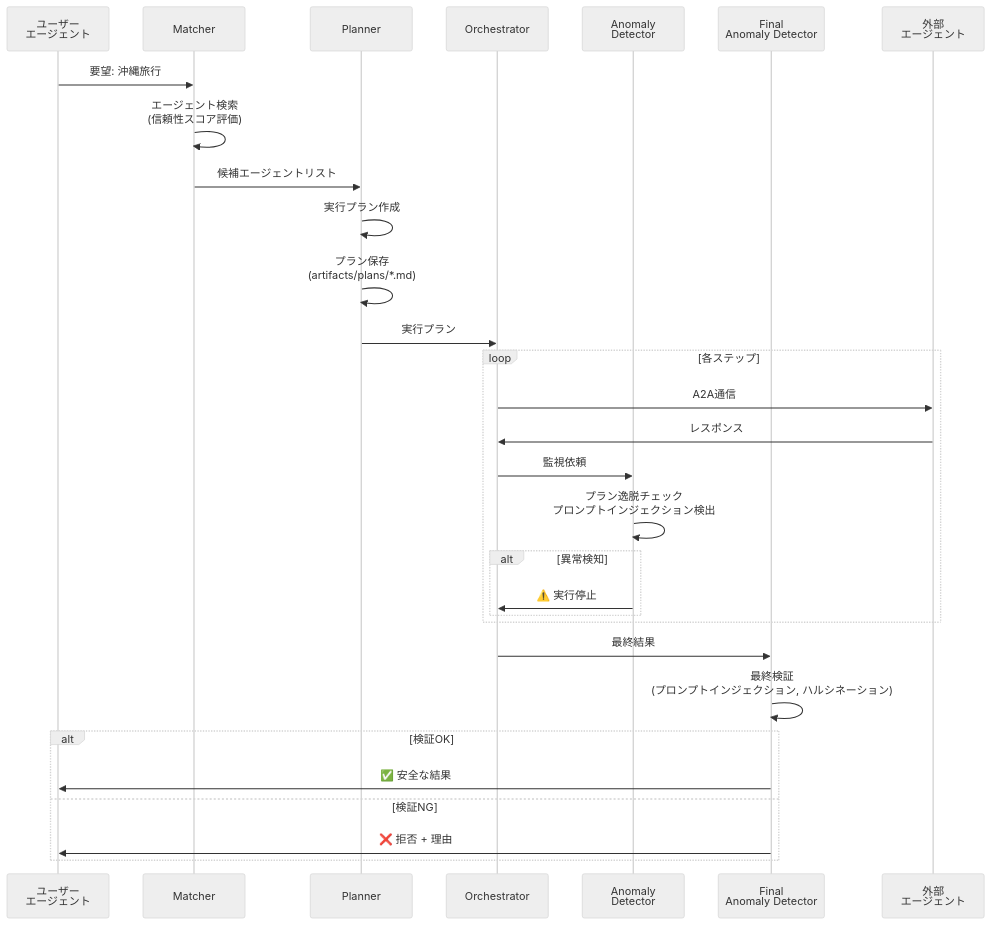
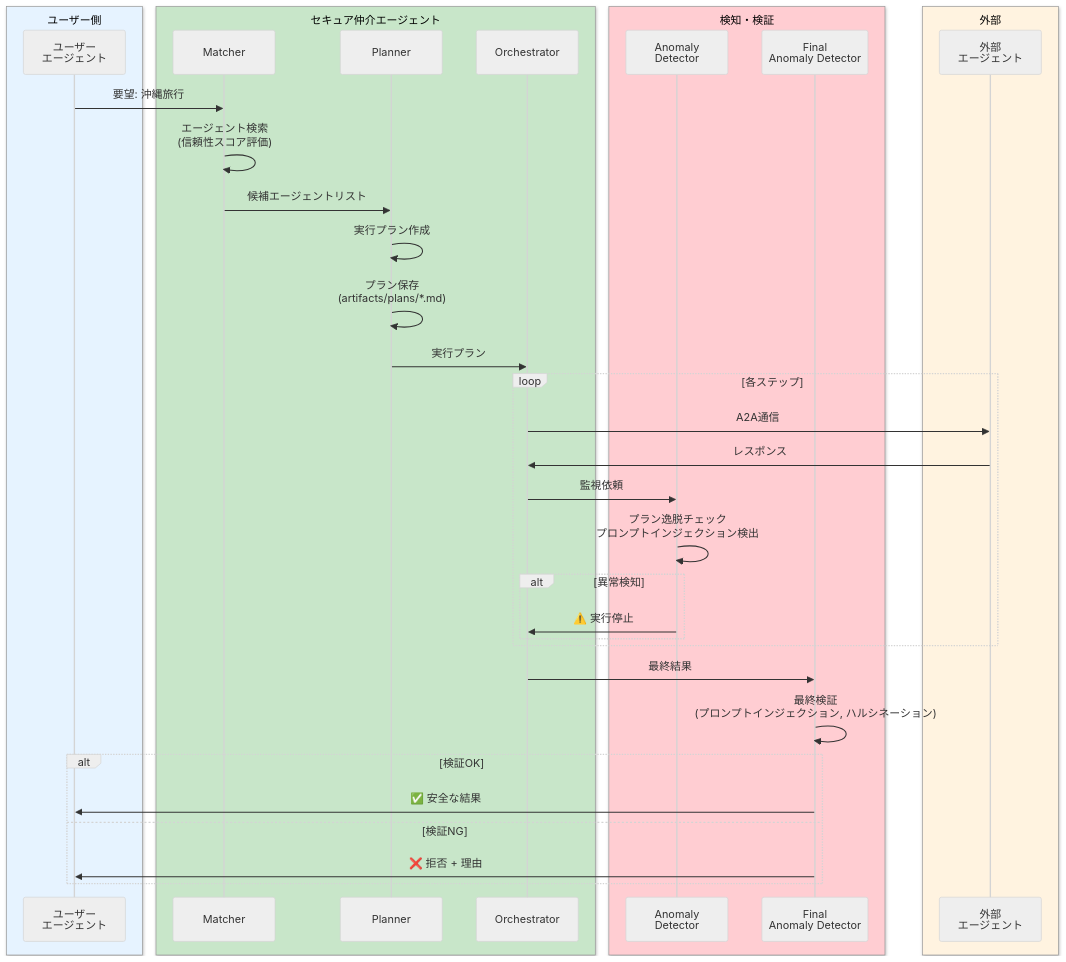
The fourth of 4 diagrams in README.md (TaichiHiromatsu/secure-ai-agent-matching-platform), drawn with Mermaid (neutral theme) before and after one commit.

Commit message:
docs: 処理フロー図に色分けを追加
セキュア仲介エージェントの処理フロー図（sequenceDiagram）に
参加者グループごとの色分けを追加し、視認性を向上

🤖 Generated with [Claude Code](https://claude.com/claude-code)

````diff
--- a/README.md
+++ b/README.md
@@ -186,36 +186,47 @@
 ```mermaid
 sequenceDiagram
-    participant U as ユーザー<br/>エージェント
-    participant M as Matcher
-    participant P as Planner
-    participant O as Orchestrator
-    participant A as Anomaly<br/>Detector
-    participant F as Final<br/>Anomaly Detector
-    participant E as 外部<br/>エージェント
+    box rgb(230, 243, 255) ユーザー側
+        participant U as ユーザー<br/>エージェント
+    end
+
+    box rgb(200, 230, 201) セキュア仲介エージェント
+        participant M as Matcher
+        participant P as Planner
+        participant O as Orchestrator
+    end
+
+    box rgb(255, 205, 210) 検知・検証
+        participant A as Anomaly<br/>Detector
+        participant F as Final<br/>Anomaly Detector
+    end
+
+    box rgb(255, 243, 224) 外部
+        participant E as 外部<br/>エージェント
+    end
 
     U->>M: 要望: 沖縄旅行
     M->>M: エージェント検索<br/>(信頼性スコア評価)
     M->>P: 候補エージェントリスト
     P->>P: 実行プラン作成
     P->>P: プラン保存<br/>(artifacts/plans/*.md)
     P->>O: 実行プラン
 
     loop 各ステップ
         O->>E: A2A通信
         E->>O: レスポンス
         O->>A: 監視依頼
         A->>A: プラン逸脱チェック<br/>プロンプトインジェクション検出
         alt 異常検知
             A->>O: ⚠️ 実行停止
         end
     end
 
     O->>F: 最終結果
     F->>F: 最終検証<br/>(プロンプトインジェクション, ハルシネーション)
 
     alt 検証OK
         F->>U: ✅ 安全な結果
     else 検証NG
         F->>U: ❌ 拒否 + 理由
     end
 ```
````
